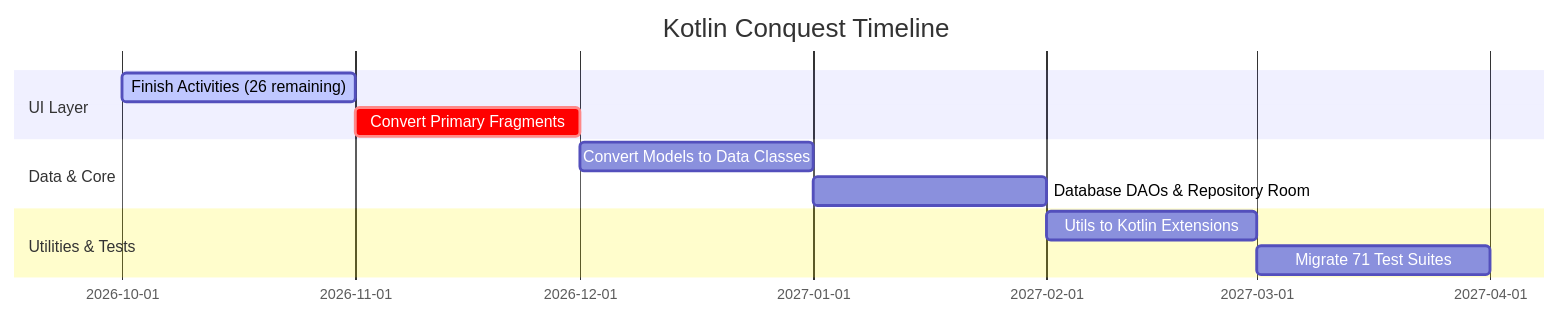
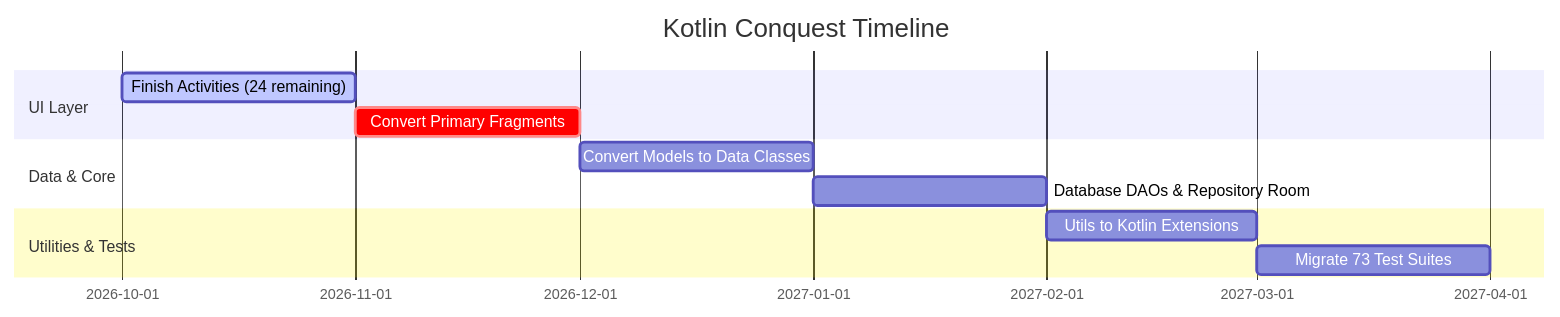
The third of 3 diagrams in KOTLIN_MIGRATION_REPORT.md (solomonrajan/cashledger), drawn with Mermaid before and after one commit. The commit also changed other lines of this file, not shown here.

````diff
--- a/KOTLIN_MIGRATION_REPORT.md
+++ b/KOTLIN_MIGRATION_REPORT.md
@@ -276,14 +276,14 @@
 ```mermaid
 gantt
     title Kotlin Conquest Timeline
     dateFormat  YYYY-MM
     section UI Layer
-    Finish Activities (26 remaining) :active, act1, 2026-10, 2026-11
+    Finish Activities (24 remaining) :active, act1, 2026-10, 2026-11
     Convert Primary Fragments        :crit, act2, 2026-11, 2026-12
     section Data & Core
     Convert Models to Data Classes   :act3, 2026-12, 2027-01
     Database DAOs & Repository Room  :act4, 2027-01, 2027-02
     section Utilities & Tests
     Utils to Kotlin Extensions       :act5, 2027-02, 2027-03
-    Migrate 71 Test Suites           :act6, 2027-03, 2027-04
+    Migrate 73 Test Suites           :act6, 2027-03, 2027-04
 ```
````
